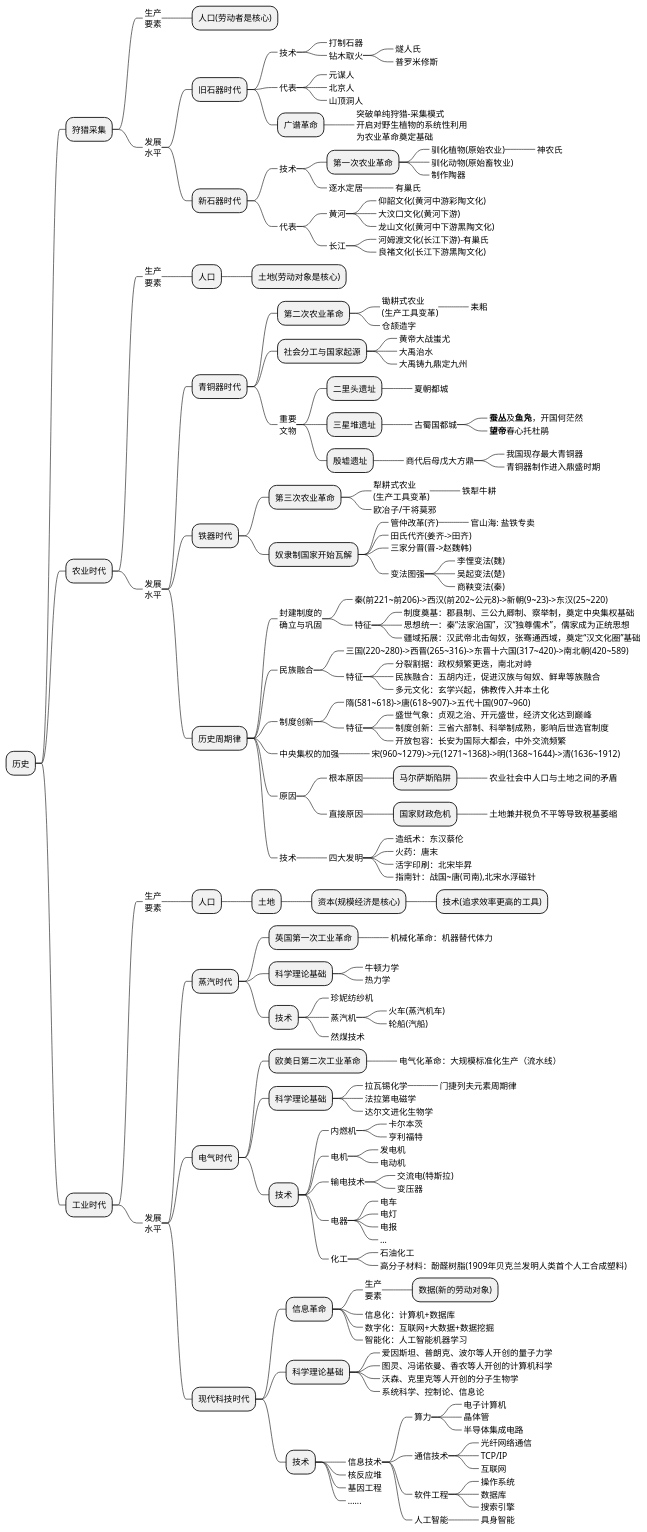
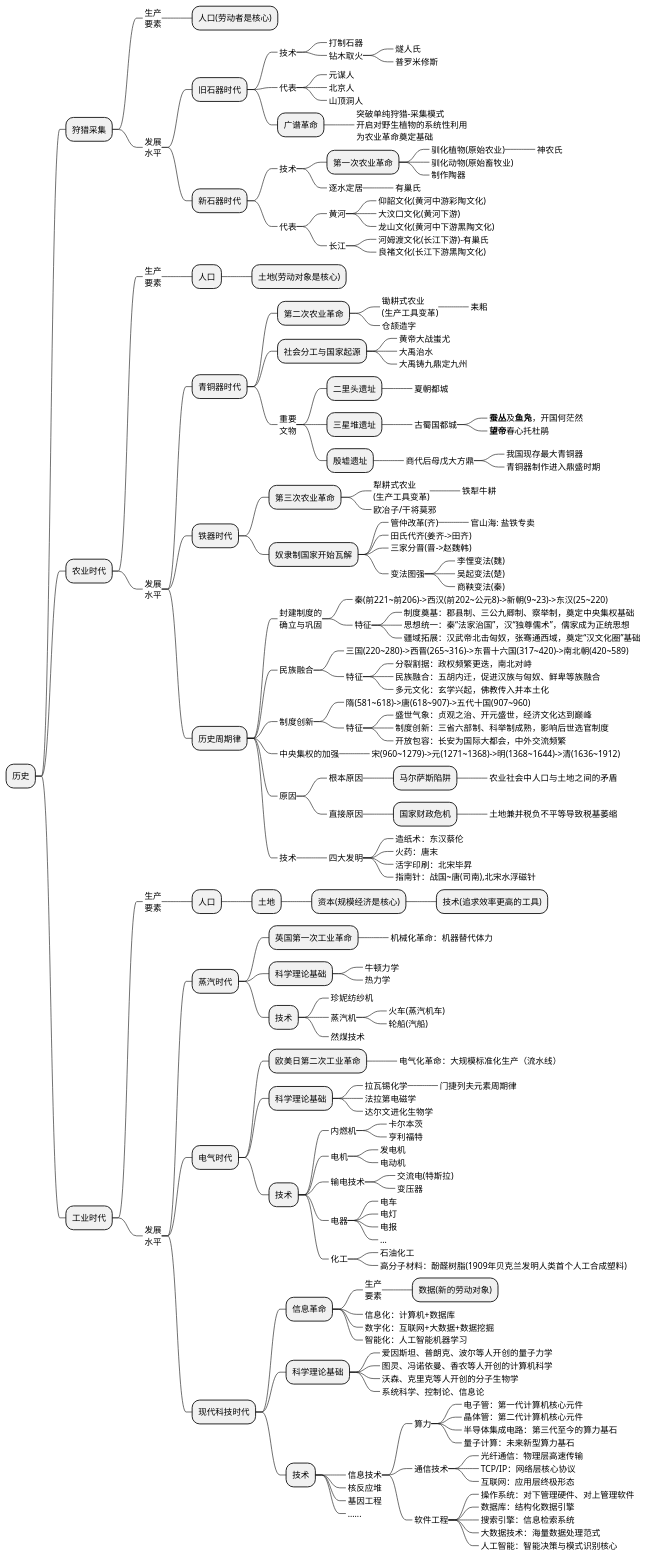
One commit to holmofy/blog.hufeifei.cn changed the first of 2 diagrams in source/_posts/economic/economic_and_history.md. Above: the diagram before and after it, drawn with PlantUML.

```diff
--- a/source/_posts/economic/economic_and_history.md
+++ b/source/_posts/economic/economic_and_history.md
@@ -186,19 +186,20 @@
 +++++ 技术
 ++++++_ 信息技术
 +++++++_ 算力
-++++++++_ 电子计算机
-++++++++_ 晶体管
-++++++++_ 半导体集成电路
+++++++++_ 电子管：第一代计算机核心元件
+++++++++_ 晶体管：第二代计算机核心元件
+++++++++_ 半导体集成电路：第三代至今的算力基石
+++++++++_ 量子计算：未来新型算力基石
 +++++++_ 通信技术
-++++++++_ 光纤网络通信
-++++++++_ TCP/IP
-++++++++_ 互联网
+++++++++_ 光纤通信：物理层高速传输
+++++++++_ TCP/IP：网络层核心协议
+++++++++_ 互联网：应用层终极形态
 +++++++_ 软件工程
-++++++++_ 操作系统
-++++++++_ 数据库
-++++++++_ 搜索引擎
-+++++++_ 人工智能
-++++++++_ 具身智能
+++++++++_ 操作系统：对下管理硬件、对上管理软件
+++++++++_ 数据库：结构化数据引擎
+++++++++_ 搜索引擎：信息检索系统
+++++++++_ 大数据技术：海量数据处理范式
+++++++++_ 人工智能：智能决策与模式识别核心
 ++++++_ 核反应堆
 ++++++_ 基因工程
 ++++++_ ......
```
